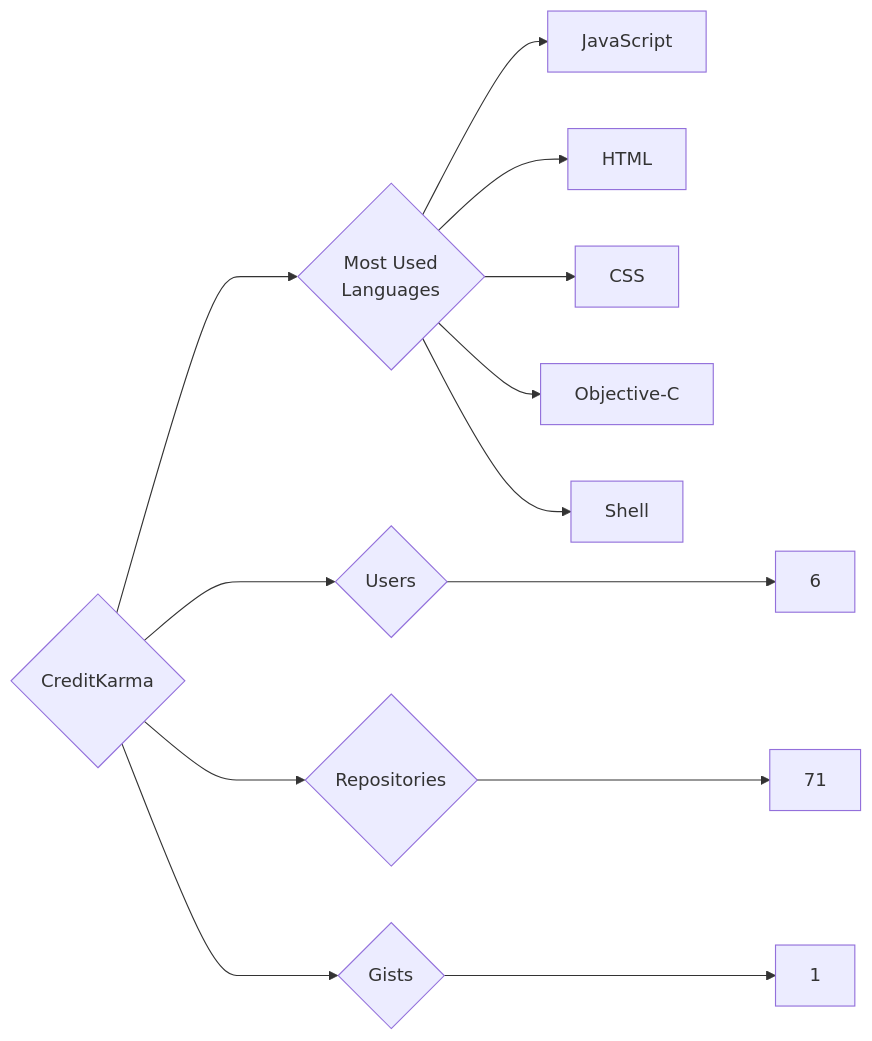
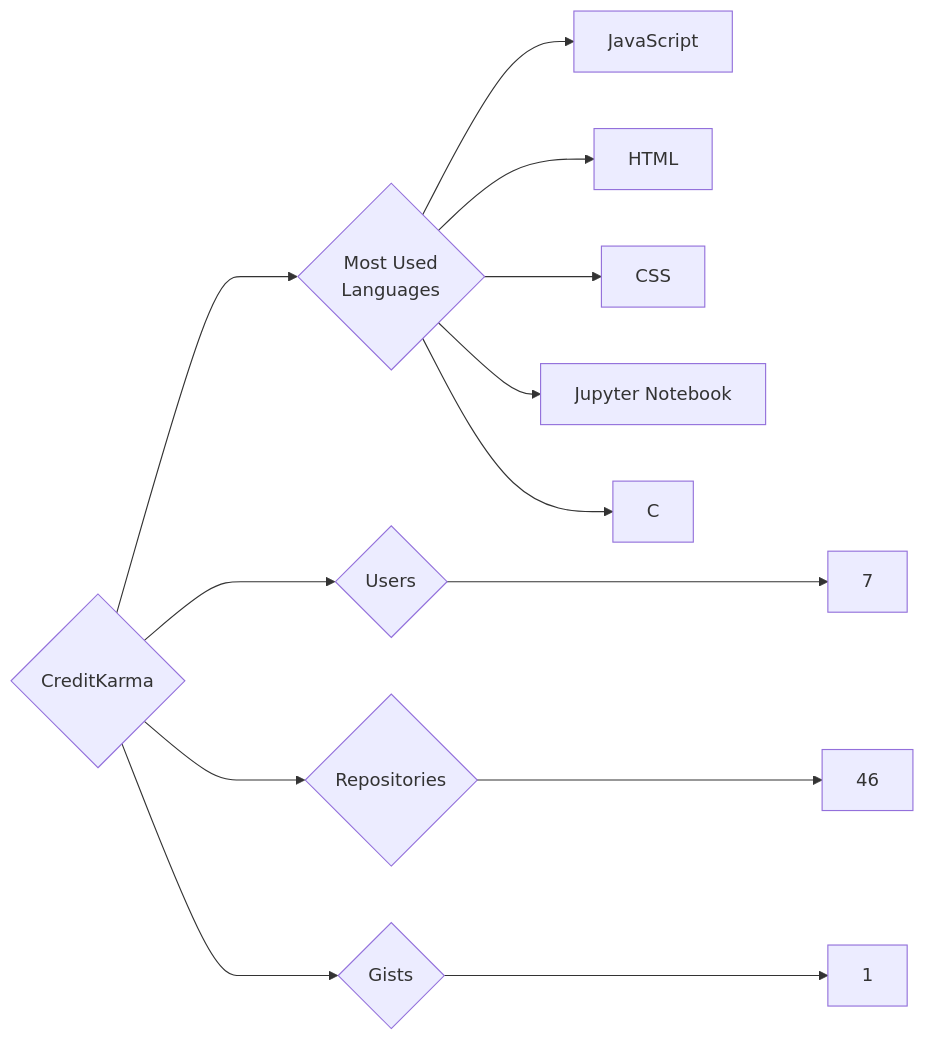
One commit to trickest/insiders changed the diagram in targets/CreditKarma/README.md. Above: the diagram before and after it, drawn with Mermaid. The commit also changed 1020 other files, not shown here.

````diff
--- a/targets/CreditKarma/README.md
+++ b/targets/CreditKarma/README.md
@@ -3,13 +3,13 @@
 ```mermaid
 graph LR
 COMPANY_NAME{CreditKarma}
-COMPANY_NAME ---> U{Users} ---> UN[6]
-COMPANY_NAME ---> R{Repositories} ---> RN[71]
+COMPANY_NAME ---> U{Users} ---> UN[7]
+COMPANY_NAME ---> R{Repositories} ---> RN[46]
 COMPANY_NAME ---> G{Gists} ---> GN[1]
 COMPANY_NAME ---> ML{Most Used<br>Languages}
 ML --> JavaScript[JavaScript]
 ML --> HTML[HTML]
 ML --> CSS[CSS]
-ML --> Objective-C[Objective-C]
-ML --> Shell[Shell]
+ML --> Jupyter_Notebook[Jupyter Notebook]
+ML --> C[C]
 ```
````
